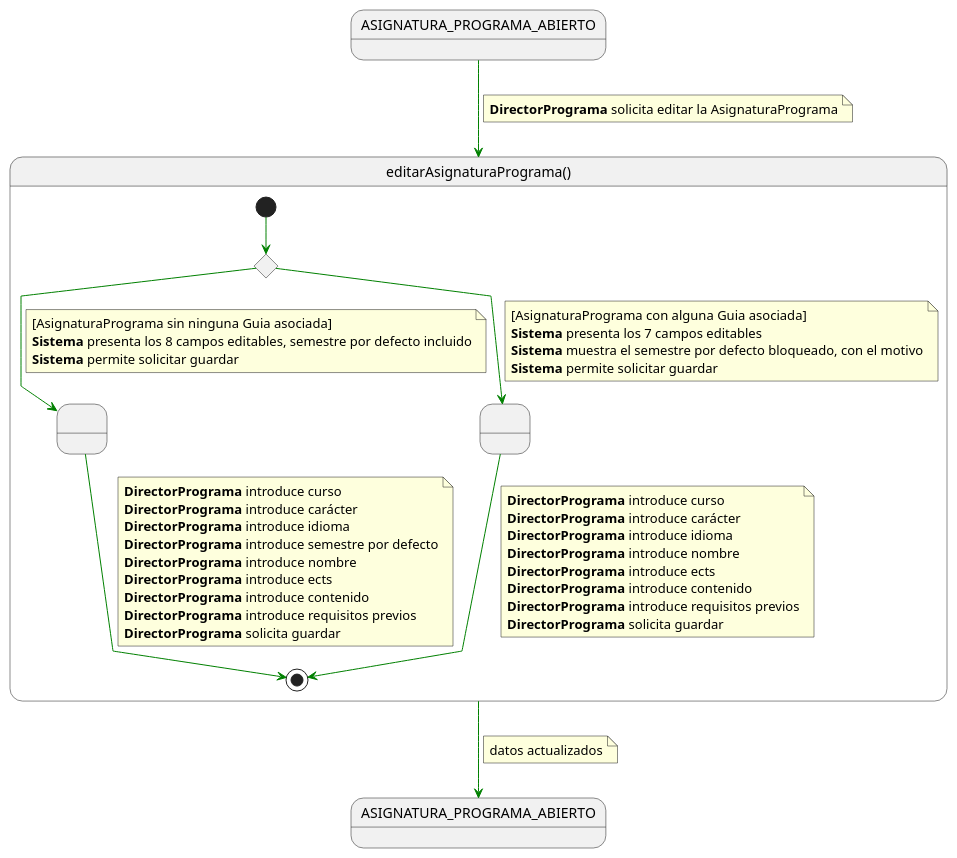
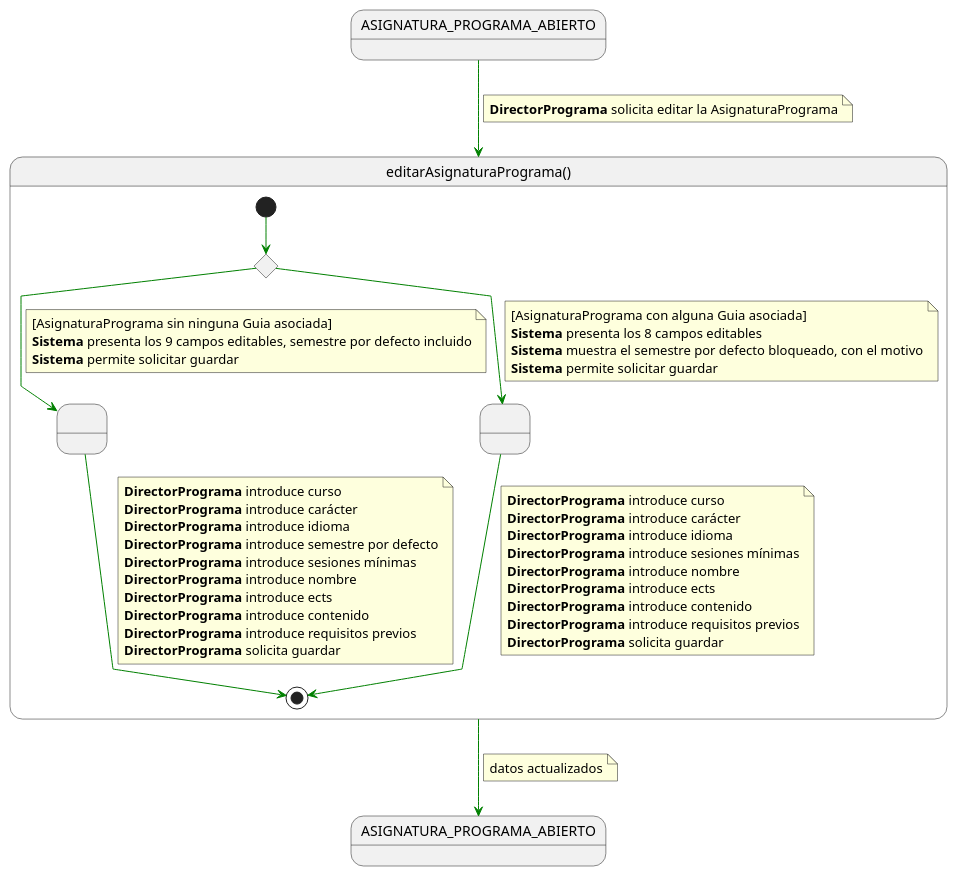
The diagram in RUP/01-requisitos/03-detalle-casos-uso/editarAsignaturaPrograma/especificacion.puml (mmasias/pyCeldaPublico), drawn with PlantUML before and after one commit. The commit also changed 55 other files, not shown here.

Commit message:
docs: sincroniza el subconjunto público con pyCelda 8198361f (mínimo de sesiones en la AsignaturaPrograma, esquema 7, descripción de sesión multilínea, v0.11.49)

```diff
--- a/RUP/01-requisitos/03-detalle-casos-uso/editarAsignaturaPrograma/especificacion.puml
+++ b/RUP/01-requisitos/03-detalle-casos-uso/editarAsignaturaPrograma/especificacion.puml
@@ -1,67 +1,69 @@
 @startuml editarAsignaturaPrograma
 
 skinparam linetype polyline
 
 state ASIGNATURA_PROGRAMA_ABIERTO
 state ASIGNATURA_PROGRAMA_ABIERTO_SALIDA as "ASIGNATURA_PROGRAMA_ABIERTO"
 
 ASIGNATURA_PROGRAMA_ABIERTO -[#green]-> editarAsignaturaPrograma
 note on link
 <b>DirectorPrograma</b> solicita editar la AsignaturaPrograma
 end note
 
 state editarAsignaturaPrograma as "editarAsignaturaPrograma()" {
 
     state c <<choice>>
     state " " as EditandoDatosCompleto
     state " " as EditandoDatosSemestreBloqueado
 
     [*] -[#green]-> c
 
     c -[#green]-> EditandoDatosCompleto
     note on link
     [AsignaturaPrograma sin ninguna Guia asociada]
-    <b>Sistema</b> presenta los 8 campos editables, semestre por defecto incluido
+    <b>Sistema</b> presenta los 9 campos editables, semestre por defecto incluido
     <b>Sistema</b> permite solicitar guardar
     end note
 
     c -[#green]-> EditandoDatosSemestreBloqueado
     note on link
     [AsignaturaPrograma con alguna Guia asociada]
-    <b>Sistema</b> presenta los 7 campos editables
+    <b>Sistema</b> presenta los 8 campos editables
     <b>Sistema</b> muestra el semestre por defecto bloqueado, con el motivo
     <b>Sistema</b> permite solicitar guardar
     end note
 
     EditandoDatosCompleto -[#green]-> [*]
     note on link
     <b>DirectorPrograma</b> introduce curso
     <b>DirectorPrograma</b> introduce carácter
     <b>DirectorPrograma</b> introduce idioma
     <b>DirectorPrograma</b> introduce semestre por defecto
+    <b>DirectorPrograma</b> introduce sesiones mínimas
     <b>DirectorPrograma</b> introduce nombre
     <b>DirectorPrograma</b> introduce ects
     <b>DirectorPrograma</b> introduce contenido
     <b>DirectorPrograma</b> introduce requisitos previos
     <b>DirectorPrograma</b> solicita guardar
     end note
 
     EditandoDatosSemestreBloqueado -[#green]-> [*]
     note on link
     <b>DirectorPrograma</b> introduce curso
     <b>DirectorPrograma</b> introduce carácter
     <b>DirectorPrograma</b> introduce idioma
+    <b>DirectorPrograma</b> introduce sesiones mínimas
     <b>DirectorPrograma</b> introduce nombre
     <b>DirectorPrograma</b> introduce ects
     <b>DirectorPrograma</b> introduce contenido
     <b>DirectorPrograma</b> introduce requisitos previos
     <b>DirectorPrograma</b> solicita guardar
     end note
 }
 
 editarAsignaturaPrograma -[#green]-> ASIGNATURA_PROGRAMA_ABIERTO_SALIDA
 note on link
 datos actualizados
 end note
 
 @enduml
```
